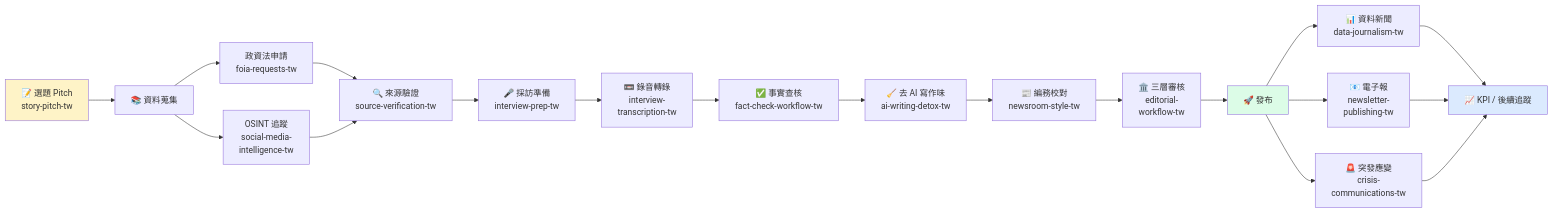
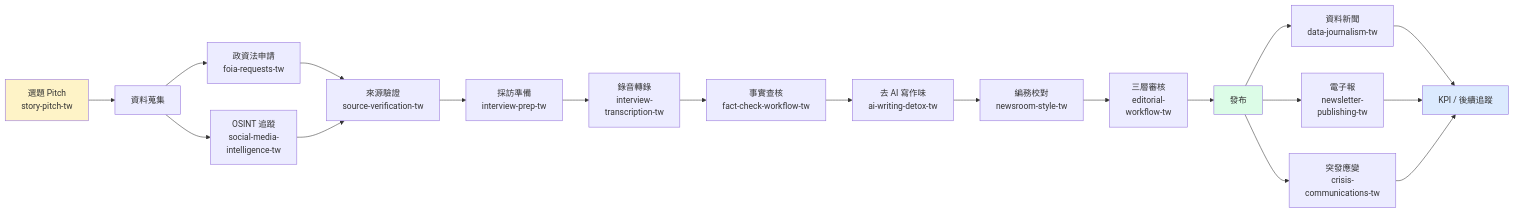
One commit to richardvt/claude-skills-journalism-tw changed the diagram in README.md. Above: the diagram before and after it, drawn with Mermaid. The commit also changed other lines of this file, not shown here.

````diff
--- a/README.md
+++ b/README.md
@@ -26,22 +26,22 @@
 ```mermaid
 flowchart LR
-  A[📝 選題 Pitch<br/>story-pitch-tw] --> B[📚 資料蒐集]
+  A[選題 Pitch<br/>story-pitch-tw] --> B[資料蒐集]
   B --> B1[政資法申請<br/>foia-requests-tw]
   B --> B2[OSINT 追蹤<br/>social-media-<br/>intelligence-tw]
-  B1 & B2 --> C[🔍 來源驗證<br/>source-verification-tw]
-  C --> D[🎤 採訪準備<br/>interview-prep-tw]
-  D --> E[📼 錄音轉錄<br/>interview-<br/>transcription-tw]
-  E --> F[✅ 事實查核<br/>fact-check-workflow-tw]
-  F --> G[🧹 去 AI 寫作味<br/>ai-writing-detox-tw]
-  G --> H[📰 編務校對<br/>newsroom-style-tw]
-  H --> I[🏛️ 三層審核<br/>editorial-<br/>workflow-tw]
-  I --> J[🚀 發布]
-  J --> K[📊 資料新聞<br/>data-journalism-tw]
-  J --> L[📧 電子報<br/>newsletter-<br/>publishing-tw]
-  J --> M[🚨 突發應變<br/>crisis-<br/>communications-tw]
-  K & L & M --> N[📈 KPI / 後續追蹤]
+  B1 & B2 --> C[來源驗證<br/>source-verification-tw]
+  C --> D[採訪準備<br/>interview-prep-tw]
+  D --> E[錄音轉錄<br/>interview-<br/>transcription-tw]
+  E --> F[事實查核<br/>fact-check-workflow-tw]
+  F --> G[去 AI 寫作味<br/>ai-writing-detox-tw]
+  G --> H[編務校對<br/>newsroom-style-tw]
+  H --> I[三層審核<br/>editorial-<br/>workflow-tw]
+  I --> J[發布]
+  J --> K[資料新聞<br/>data-journalism-tw]
+  J --> L[電子報<br/>newsletter-<br/>publishing-tw]
+  J --> M[突發應變<br/>crisis-<br/>communications-tw]
+  K & L & M --> N[KPI / 後續追蹤]
 
   style A fill:#fef3c7
   style J fill:#dcfce7
   style N fill:#dbeafe
 ```
````
